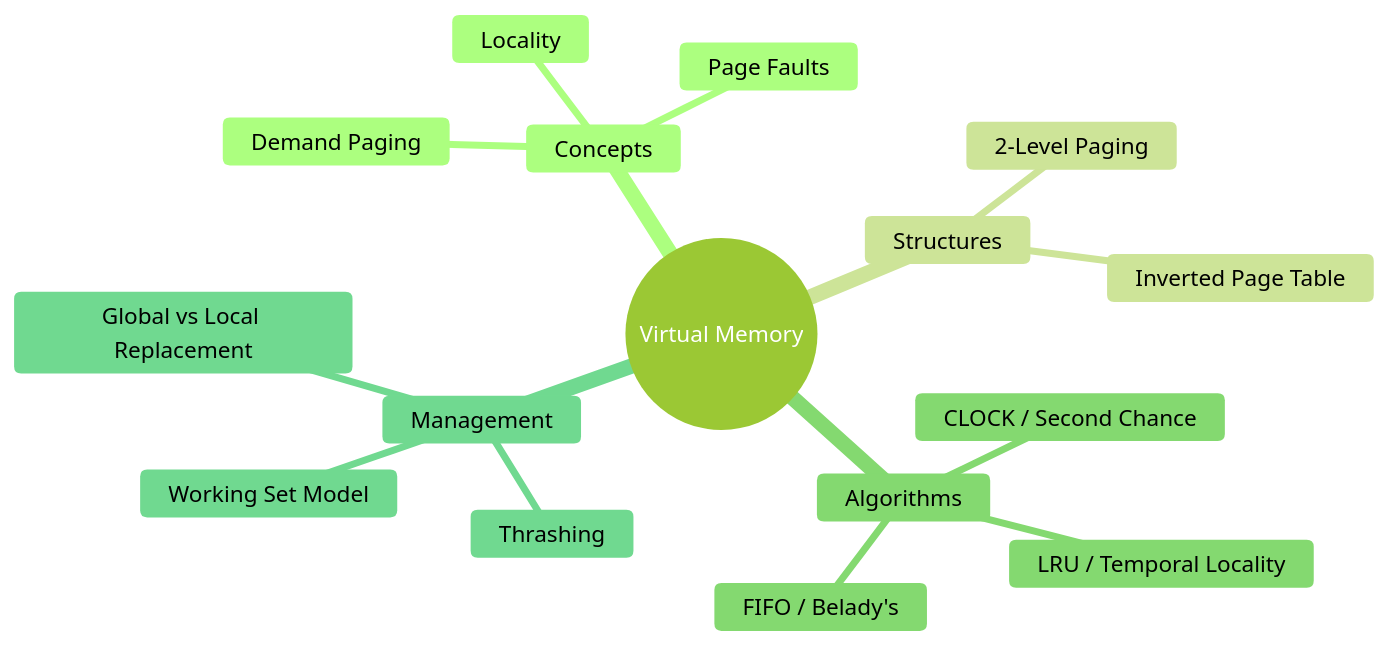
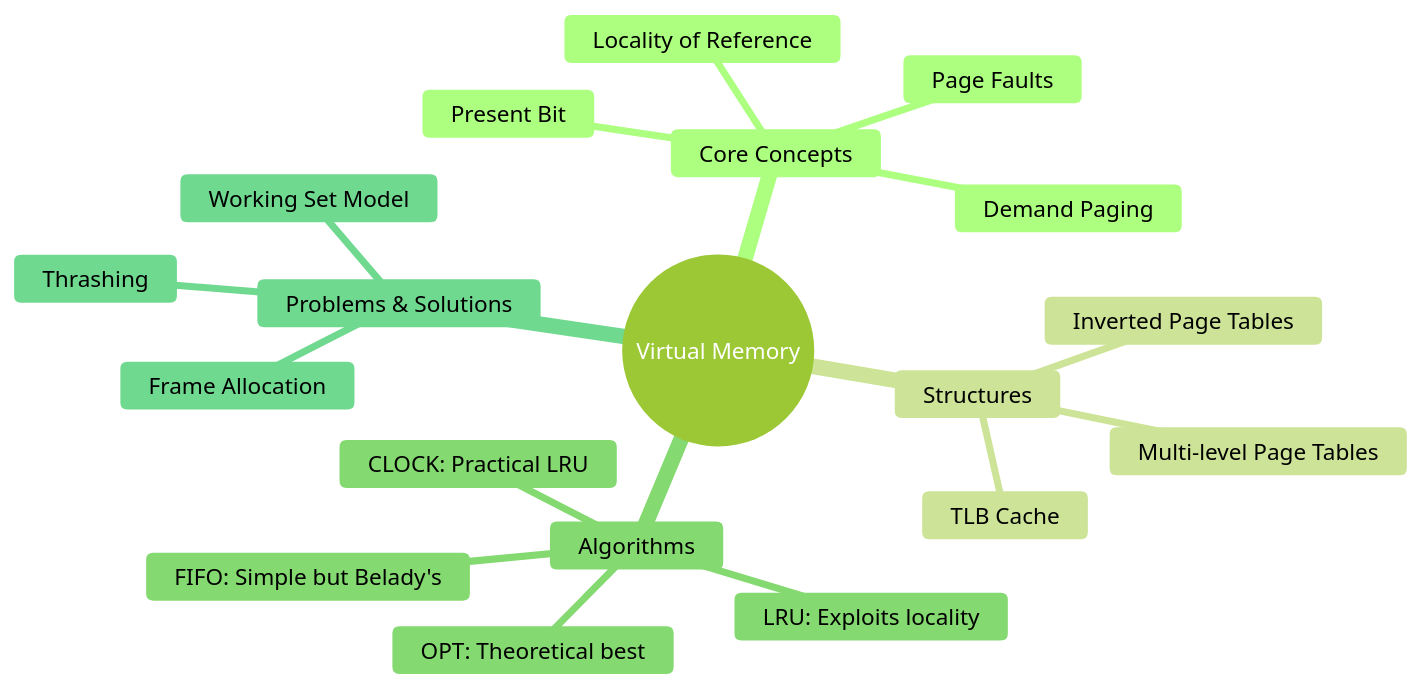
Before and after one commit to Nathan0820/vault: the eighth of 8 diagrams in content/CS2106/L9.md, drawn with Mermaid (forest theme). The commit also changed other lines of this file and 2 other files, not shown here.

````diff
--- a/content/CS2106/L9.md
+++ b/content/CS2106/L9.md
@@ -179,19 +365,22 @@
 ```mermaid
 mindmap
   root((Virtual Memory))
-    Concepts
+    Core Concepts
       Demand Paging
       Page Faults
-      Locality
+      Present Bit
+      Locality of Reference
     Structures
-      2-Level Paging
-      Inverted Page Table
+      Multi-level Page Tables
+      Inverted Page Tables
+      TLB Cache
     Algorithms
-      FIFO / Belady's
-      LRU / Temporal Locality
-      CLOCK / Second Chance
-    Management
+      OPT: Theoretical best
+      FIFO: Simple but Belady's
+      LRU: Exploits locality
+      CLOCK: Practical LRU
+    Problems & Solutions
       Thrashing
       Working Set Model
-      Global vs Local Replacement
+      Frame Allocation
 ```
````
